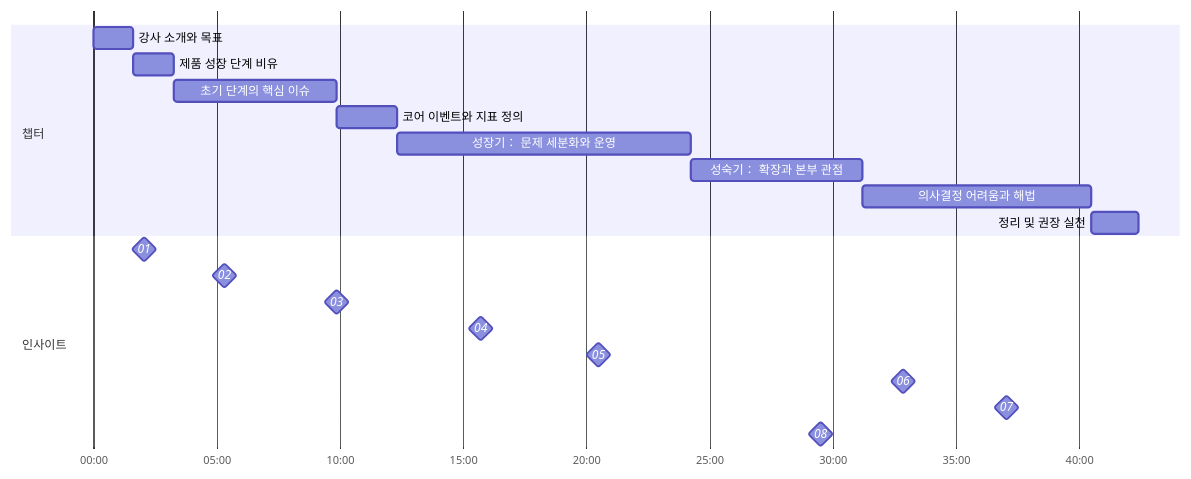
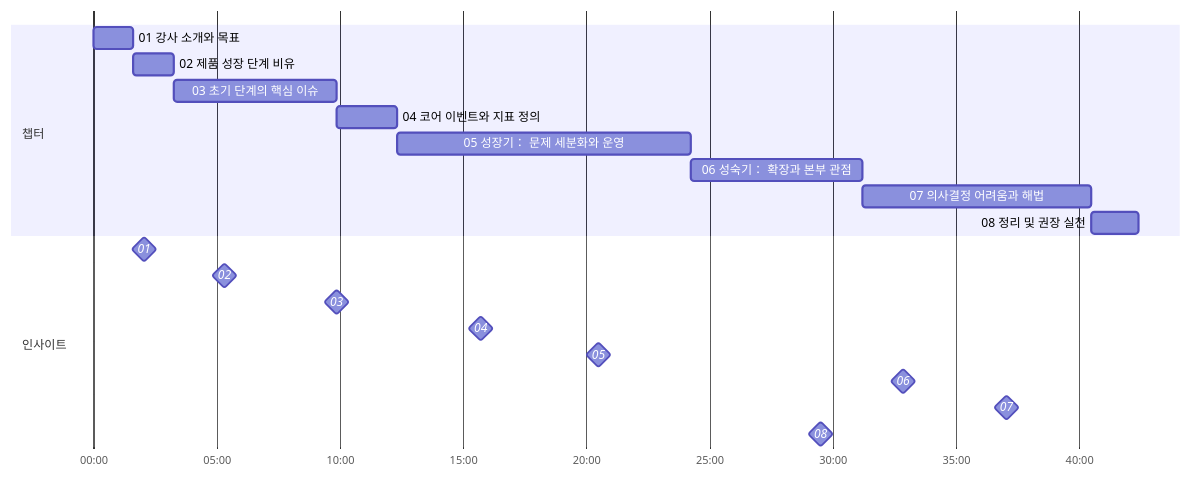
The diagram in backend/tests/domains/analysis/snapshots/glance_42m_gantt.md (HoyoungParkme/video-agent), drawn with Mermaid before and after one commit. The commit also changed 4 other files, not shown here.

First line of the commit message:
code(D1): export.gantt — 막대 · 구역 이름 앞에 번호, todayMarker off, % · 캐리지 리턴도 바꾼다

````diff
--- a/backend/tests/domains/analysis/snapshots/glance_42m_gantt.md
+++ b/backend/tests/domains/analysis/snapshots/glance_42m_gantt.md
@@ -1,23 +1,24 @@
 ```mermaid
 gantt
   dateFormat HH:mm:ss
   axisFormat %M:%S
+  todayMarker off
   section 챕터
-  강사 소개와 목표 : 00:00:00, 00:01:36
-  제품 성장 단계 비유 : 00:01:36, 00:03:15
-  초기 단계의 핵심 이슈 : 00:03:15, 00:09:51
-  코어 이벤트와 지표 정의 : 00:09:51, 00:12:18
-  성장기∶ 문제 세분화와 운영 : 00:12:18, 00:24:14
-  성숙기∶ 확장과 본부 관점 : 00:24:14, 00:31:12
-  의사결정 어려움과 해법 : 00:31:12, 00:40:29
-  정리 및 권장 실천 : 00:40:29, 00:42:24
+  01 강사 소개와 목표 : 00:00:00, 00:01:36
+  02 제품 성장 단계 비유 : 00:01:36, 00:03:15
+  03 초기 단계의 핵심 이슈 : 00:03:15, 00:09:51
+  04 코어 이벤트와 지표 정의 : 00:09:51, 00:12:18
+  05 성장기∶ 문제 세분화와 운영 : 00:12:18, 00:24:14
+  06 성숙기∶ 확장과 본부 관점 : 00:24:14, 00:31:12
+  07 의사결정 어려움과 해법 : 00:31:12, 00:40:29
+  08 정리 및 권장 실천 : 00:40:29, 00:42:24
   section 인사이트
   01 : milestone, 00:02:02, 0s
   02 : milestone, 00:05:19, 0s
   03 : milestone, 00:09:51, 0s
   04 : milestone, 00:15:42, 0s
   05 : milestone, 00:20:30, 0s
   06 : milestone, 00:32:50, 0s
   07 : milestone, 00:37:03, 0s
   08 : milestone, 00:29:31, 0s
 ```
````
